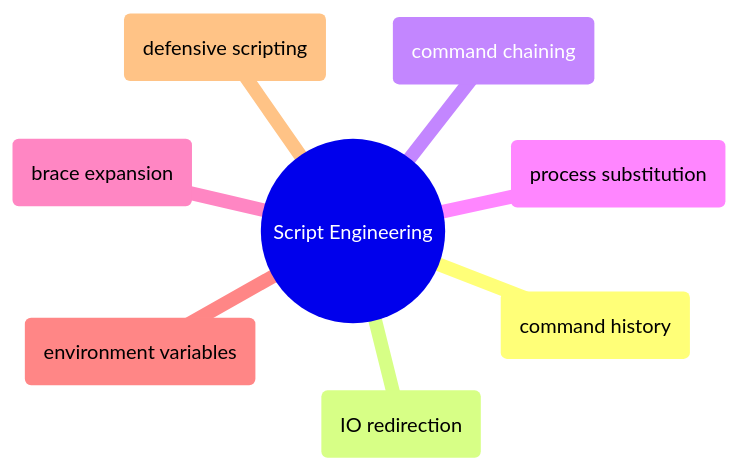
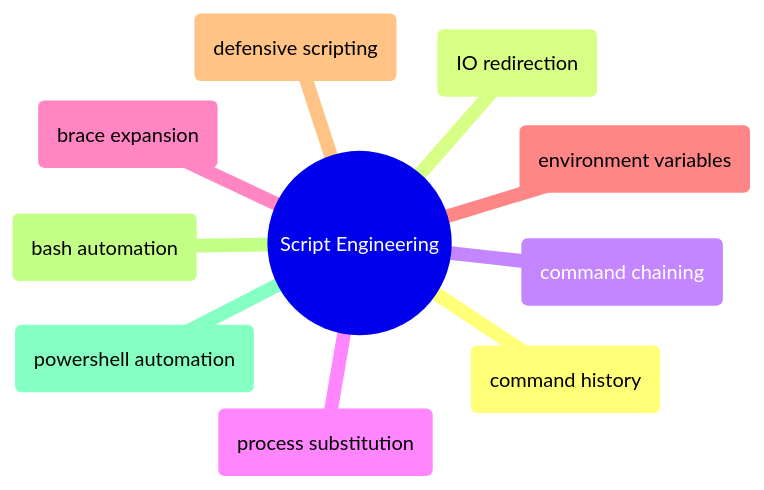
Before and after one commit to alp78/elysium: the diagram in content/01-Shell/Domains/domain-script-engineering.md, drawn with Mermaid. The commit also changed other lines of this file and 351 other files, not shown here.

````diff
--- a/content/01-Shell/Domains/domain-script-engineering.md
+++ b/content/01-Shell/Domains/domain-script-engineering.md
@@ -12,11 +12,13 @@
 ```mermaid
 mindmap
   ((Script Engineering))
     (command history)
     (IO redirection)
     (command chaining)
     (process substitution)
     (brace expansion)
     (environment variables)
     (defensive scripting)
+    (bash automation)
+    (powershell automation)
 ```
````
